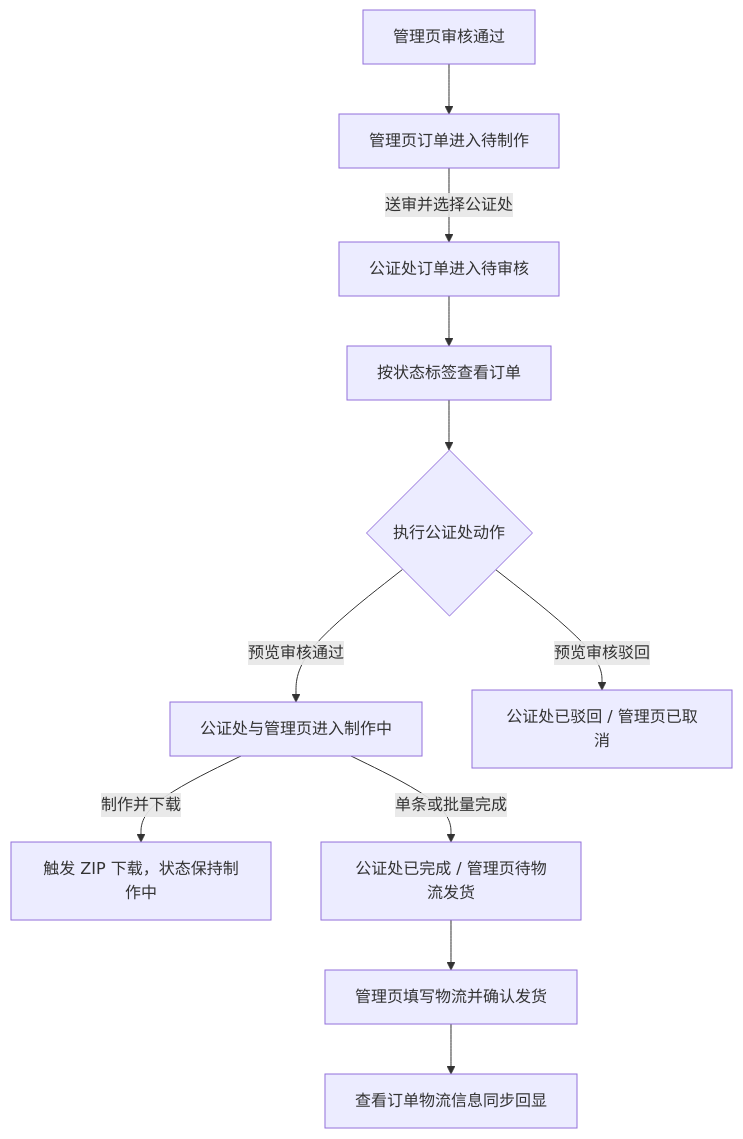
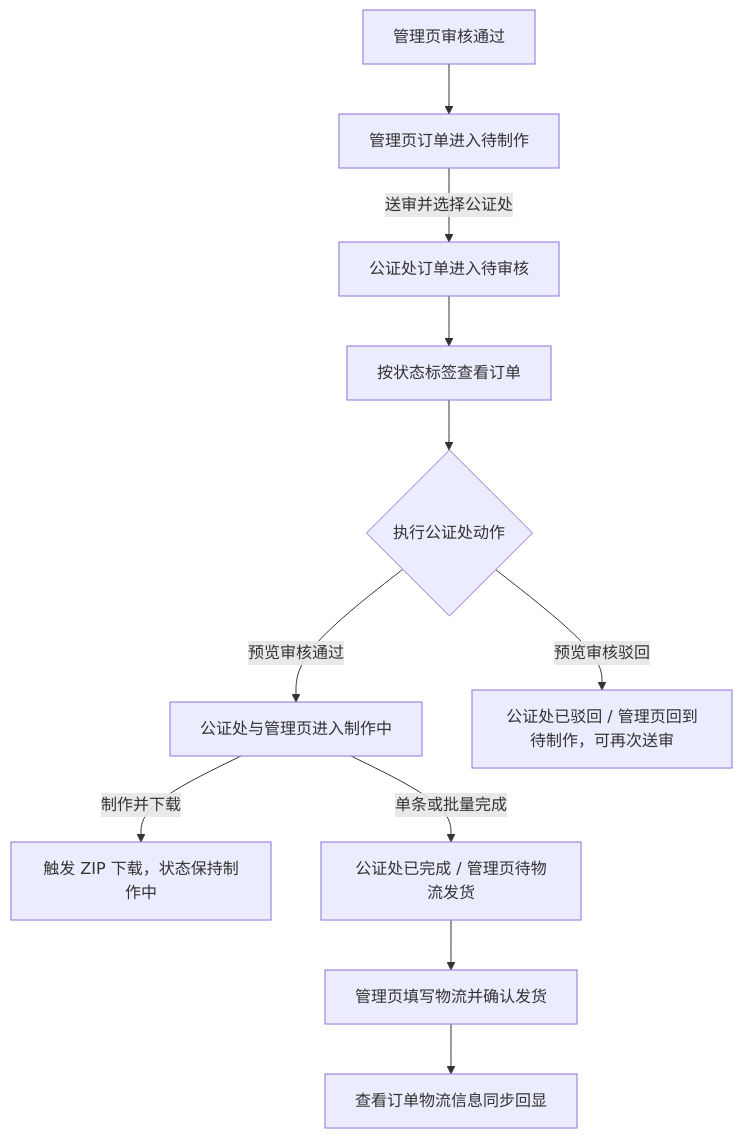
One commit to y15138550722-ops/mei-ka changed the sixth of 9 diagrams in specs/Meika System Port/mei_ka_Admin side.md. Above: the diagram before and after it, drawn with Mermaid. The commit also changed other lines of this file and 20 other files, not shown here.

````diff
--- a/specs/Meika System Port/mei_ka_Admin side.md
+++ b/specs/Meika System Port/mei_ka_Admin side.md
@@ -769,13 +784,13 @@
 ```mermaid
 flowchart TD
     A["管理页审核通过"] --> B["管理页订单进入待制作"]
     B -->|"送审并选择公证处"| C["公证处订单进入待审核"]
     C --> D["按状态标签查看订单"]
     D --> E{"执行公证处动作"}
     E -->|"预览审核通过"| F["公证处与管理页进入制作中"]
-    E -->|"预览审核驳回"| G["公证处已驳回 / 管理页已取消"]
+    E -->|"预览审核驳回"| G["公证处已驳回 / 管理页回到待制作，可再次送审"]
     F -->|"制作并下载"| H["触发 ZIP 下载，状态保持制作中"]
     F -->|"单条或批量完成"| I["公证处已完成 / 管理页待物流发货"]
     I --> J["管理页填写物流并确认发货"]
     J --> K["查看订单物流信息同步回显"]
 ```
````
